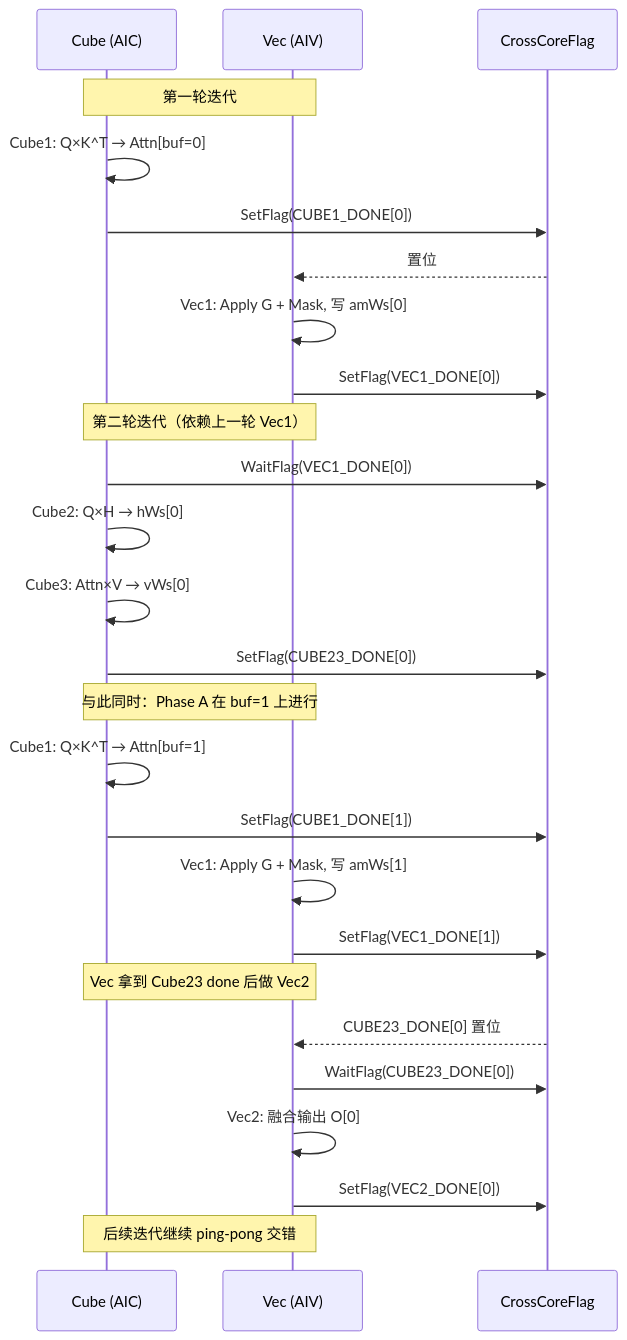
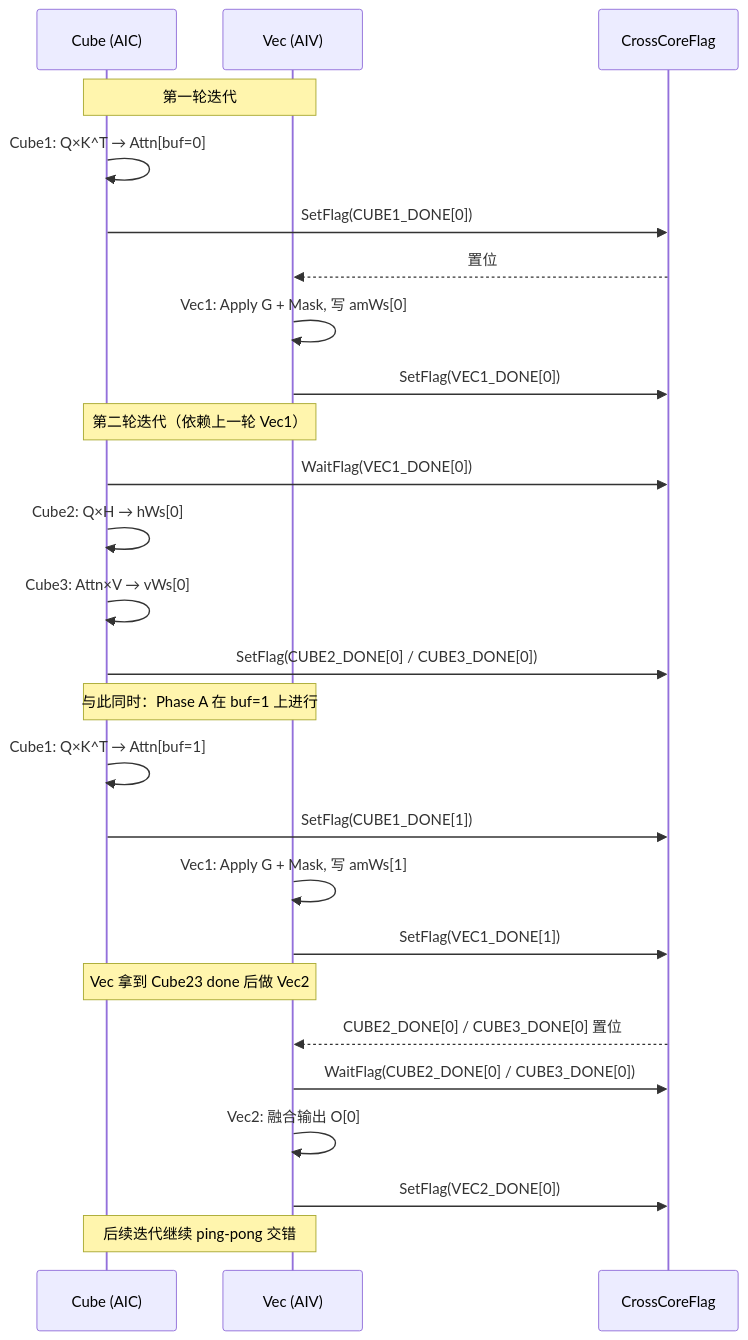
One commit to lili3896/vllm-ascend changed diagram 14 of 14 in docs/source/developer_guide/feature_guide/ascendc_chunk_fwd_o/index.md. Above: the diagram before and after it, drawn with Mermaid. The commit also changed other lines of this file and 5 other files, not shown here.

````diff
--- a/docs/source/developer_guide/feature_guide/ascendc_chunk_fwd_o/index.md
+++ b/docs/source/developer_guide/feature_guide/ascendc_chunk_fwd_o/index.md
@@ -1245,33 +1248,33 @@
 ```mermaid
 sequenceDiagram
     participant Cube as Cube (AIC)
     participant Vec as Vec (AIV)
     participant Flag as CrossCoreFlag
 
     Note over Cube, Vec: 第一轮迭代
     Cube->>Cube: Cube1: Q×K^T → Attn[buf=0]
     Cube->>Flag: SetFlag(CUBE1_DONE[0])
     Flag-->>Vec: 置位
     Vec->>Vec: Vec1: Apply G + Mask, 写 amWs[0]
     Vec->>Flag: SetFlag(VEC1_DONE[0])
 
     Note over Cube, Vec: 第二轮迭代（依赖上一轮 Vec1）
     Cube->>Flag: WaitFlag(VEC1_DONE[0])
     Cube->>Cube: Cube2: Q×H → hWs[0]
     Cube->>Cube: Cube3: Attn×V → vWs[0]
-    Cube->>Flag: SetFlag(CUBE23_DONE[0])
+    Cube->>Flag: SetFlag(CUBE2_DONE[0] / CUBE3_DONE[0])
 
     Note over Cube, Vec: 与此同时：Phase A 在 buf=1 上进行
     Cube->>Cube: Cube1: Q×K^T → Attn[buf=1]
     Cube->>Flag: SetFlag(CUBE1_DONE[1])
     Vec->>Vec: Vec1: Apply G + Mask, 写 amWs[1]
     Vec->>Flag: SetFlag(VEC1_DONE[1])
 
     Note over Cube, Vec: Vec 拿到 Cube23 done 后做 Vec2
-    Flag-->>Vec: CUBE23_DONE[0] 置位
-    Vec->>Flag: WaitFlag(CUBE23_DONE[0])
+    Flag-->>Vec: CUBE2_DONE[0] / CUBE3_DONE[0] 置位
+    Vec->>Flag: WaitFlag(CUBE2_DONE[0] / CUBE3_DONE[0])
     Vec->>Vec: Vec2: 融合输出 O[0]
     Vec->>Flag: SetFlag(VEC2_DONE[0])
 
     Note over Cube, Vec: 后续迭代继续 ping-pong 交错
 ```
````
